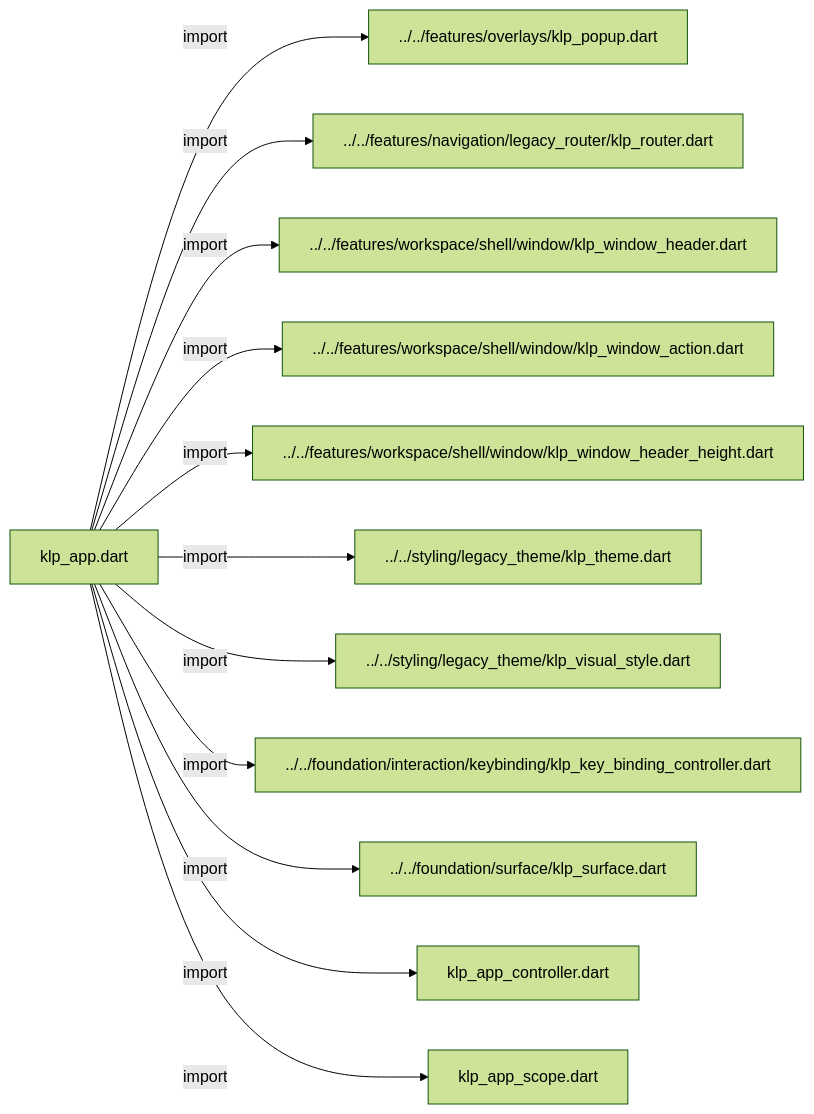
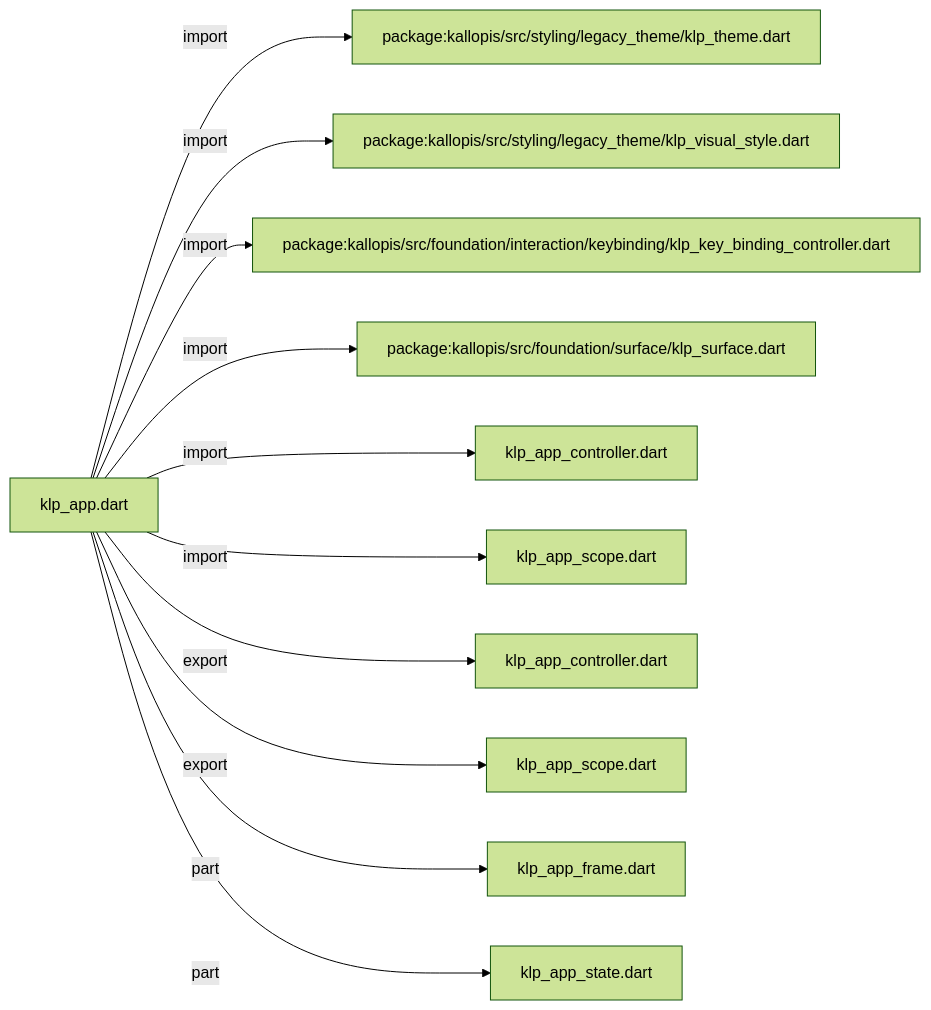
The second of 4 diagrams in docs/architecture/src/application/legacy/klp_app.md (MiuDog/Kallopis), drawn with Mermaid (forest theme) before and after one commit. The commit also changed other lines of this file and 9688 other files, not shown here.

Commit message:
Prepare isolated Flow F2 peer baseline

````diff
--- a/docs/architecture/src/application/legacy/klp_app.md
+++ b/docs/architecture/src/application/legacy/klp_app.md
@@ -38,26 +38,24 @@
 ```mermaid
 flowchart LR
 	n0["klp_app.dart"]
-	n1["../../features/overlays/klp_popup.dart"]
-	n2["../../features/navigation/legacy_router/klp_router.dart"]
-	n3["../../features/workspace/shell/window/klp_window_header.dart"]
-	n4["../../features/workspace/shell/window/klp_window_action.dart"]
-	n5["../../features/workspace/shell/window/klp_window_header_height.dart"]
-	n6["../../styling/legacy_theme/klp_theme.dart"]
-	n7["../../styling/legacy_theme/klp_visual_style.dart"]
-	n8["../../foundation/interaction/keybinding/klp_key_binding_controller.dart"]
-	n9["../../foundation/surface/klp_surface.dart"]
-	n10["klp_app_controller.dart"]
-	n11["klp_app_scope.dart"]
+	n1["package:kallopis/src/styling/legacy_theme/klp_theme.dart"]
+	n2["package:kallopis/src/styling/legacy_theme/klp_visual_style.dart"]
+	n3["package:kallopis/src/foundation/interaction/keybinding/klp_key_binding_controller.dart"]
+	n4["package:kallopis/src/foundation/surface/klp_surface.dart"]
+	n5["klp_app_controller.dart"]
+	n6["klp_app_scope.dart"]
+	n7["klp_app_controller.dart"]
+	n8["klp_app_scope.dart"]
+	n9["klp_app_frame.dart"]
+	n10["klp_app_state.dart"]
 	n0 -->|"import"| n1
 	n0 -->|"import"| n2
 	n0 -->|"import"| n3
 	n0 -->|"import"| n4
 	n0 -->|"import"| n5
 	n0 -->|"import"| n6
-	n0 -->|"import"| n7
-	n0 -->|"import"| n8
-	n0 -->|"import"| n9
-	n0 -->|"import"| n10
-	n0 -->|"import"| n11
+	n0 -->|"export"| n7
+	n0 -->|"export"| n8
+	n0 -->|"part"| n9
+	n0 -->|"part"| n10
 ```
````
